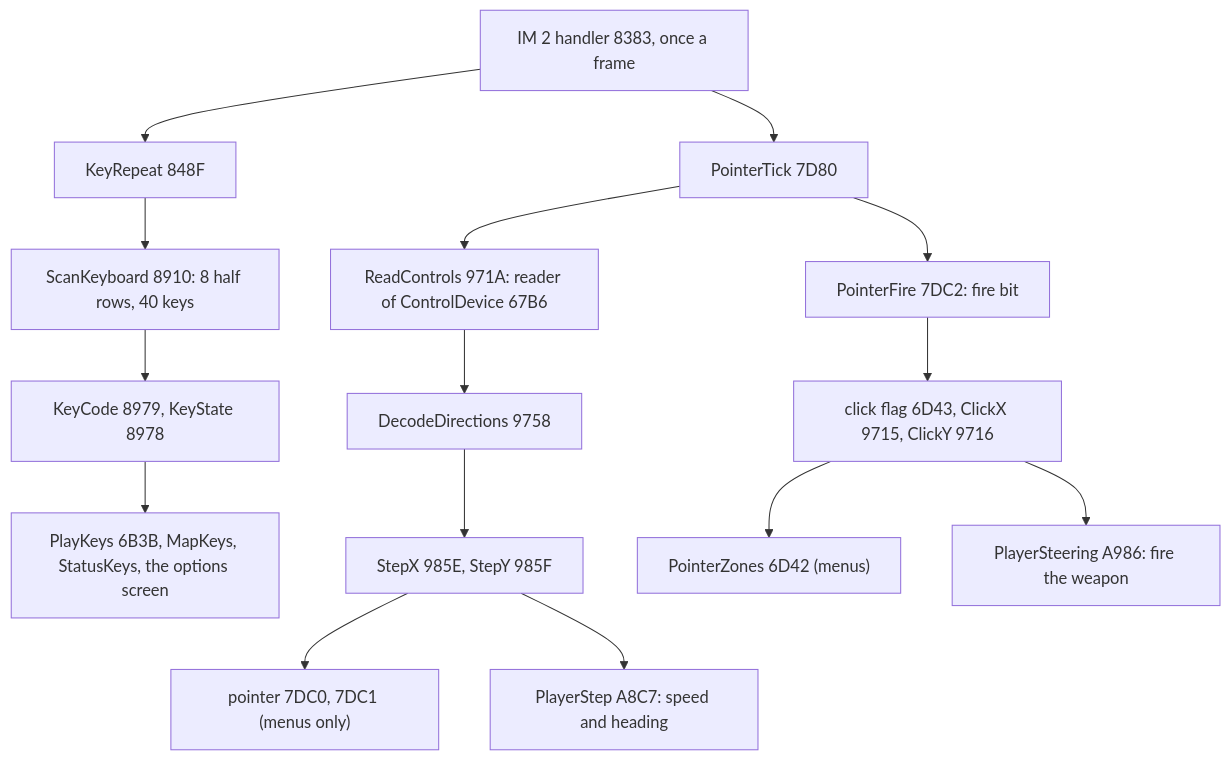
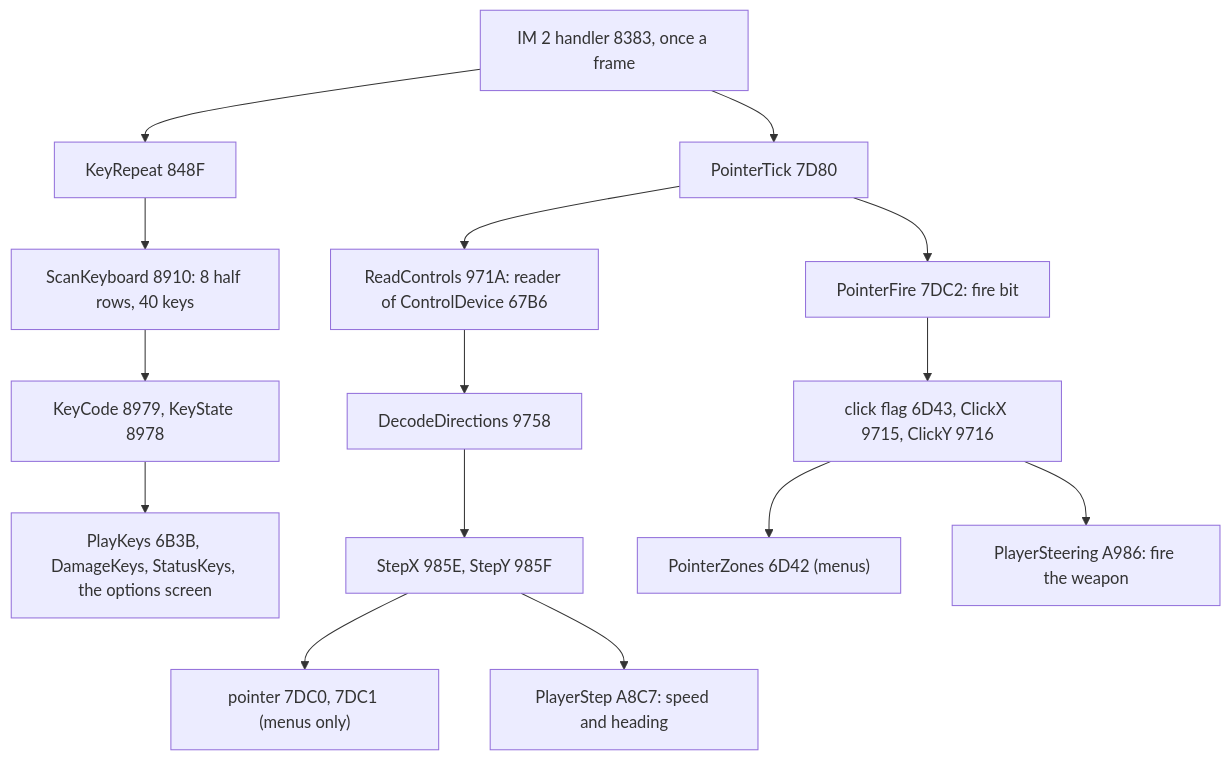
The first of 11 diagrams in games/battle-command/docs/05-controls.md (alfishe/unrealng-reverse-cases), drawn with Mermaid before and after one commit. The commit also changed other lines of this file and 75 other files, not shown here.

````diff
--- a/games/battle-command/docs/05-controls.md
+++ b/games/battle-command/docs/05-controls.md
@@ -64,17 +64,17 @@
 ```mermaid
 flowchart TD
   I["IM 2 handler 8383, once a frame"] --> K["KeyRepeat 848F"]
   K --> S["ScanKeyboard 8910: 8 half rows, 40 keys"]
   S --> KC["KeyCode 8979, KeyState 8978"]
   I --> P["PointerTick 7D80"]
   P --> RC["ReadControls 971A: reader of ControlDevice 67B6"]
   RC --> D["DecodeDirections 9758"]
   D --> ST["StepX 985E, StepY 985F"]
   P --> F["PointerFire 7DC2: fire bit"]
   F --> CL["click flag 6D43, ClickX 9715, ClickY 9716"]
   ST --> PP["pointer 7DC0, 7DC1 (menus only)"]
-  KC --> PK["PlayKeys 6B3B, MapKeys, StatusKeys, the options screen"]
+  KC --> PK["PlayKeys 6B3B, DamageKeys, StatusKeys, the options screen"]
   ST --> PS["PlayerStep A8C7: speed and heading"]
   CL --> PZ["PointerZones 6D42 (menus)"]
   CL --> FW["PlayerSteering A986: fire the weapon"]
 ```
````
